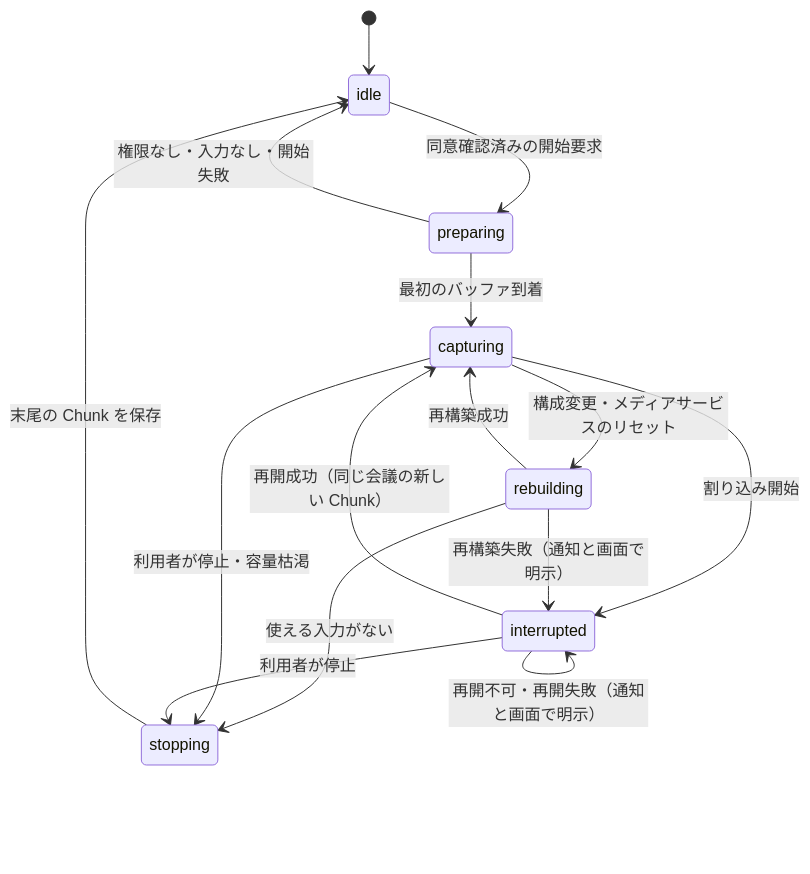
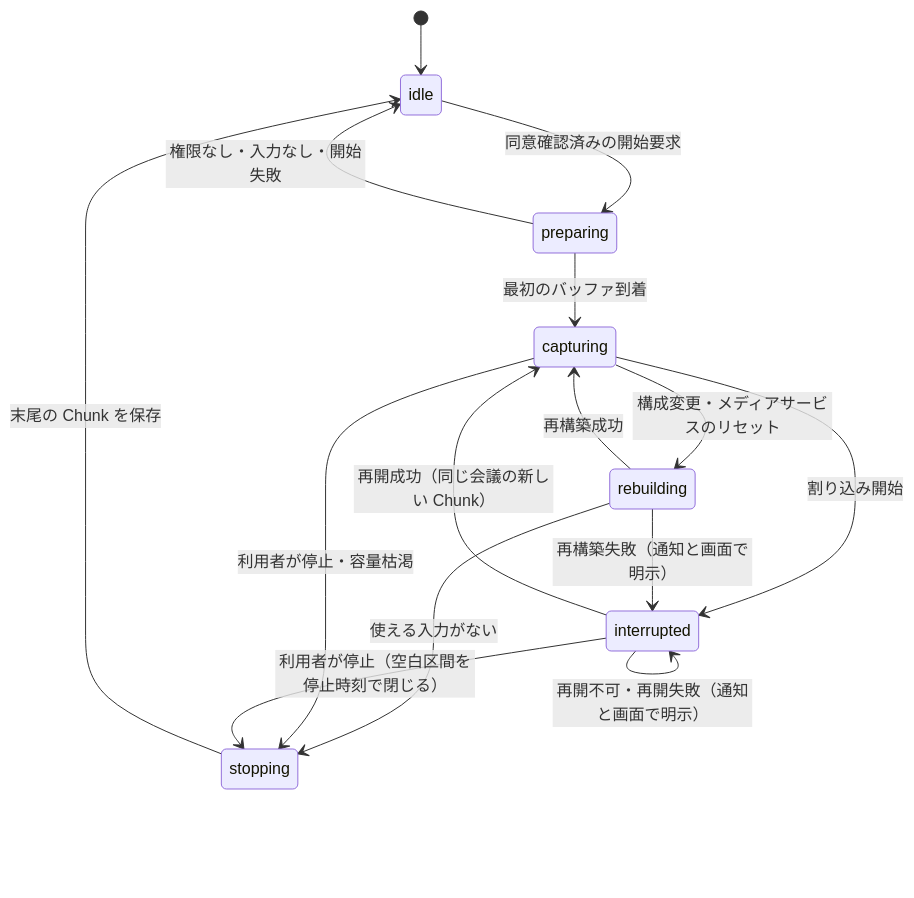
One commit to myoshi2891/Minutes-Mobile changed the second of 2 diagrams in docs/02-basic-design/recording.md. Above: the diagram before and after it, drawn with Mermaid. The commit also changed other lines of this file and 3 other files, not shown here.

````diff
--- a/docs/02-basic-design/recording.md
+++ b/docs/02-basic-design/recording.md
@@ -103,17 +105,17 @@
 ```mermaid
 stateDiagram-v2
     [*] --> idle
     idle --> preparing: 同意確認済みの開始要求
     preparing --> capturing: 最初のバッファ到着
     preparing --> idle: 権限なし・入力なし・開始失敗
     capturing --> interrupted: 割り込み開始
     interrupted --> capturing: 再開成功（同じ会議の新しい Chunk）
     interrupted --> interrupted: 再開不可・再開失敗（通知と画面で明示）
     capturing --> rebuilding: 構成変更・メディアサービスのリセット
     rebuilding --> capturing: 再構築成功
     rebuilding --> interrupted: 再構築失敗（通知と画面で明示）
     rebuilding --> stopping: 使える入力がない
     capturing --> stopping: 利用者が停止・容量枯渇
-    interrupted --> stopping: 利用者が停止
+    interrupted --> stopping: 利用者が停止（空白区間を停止時刻で閉じる）
     stopping --> idle: 末尾の Chunk を保存
 ```
````
